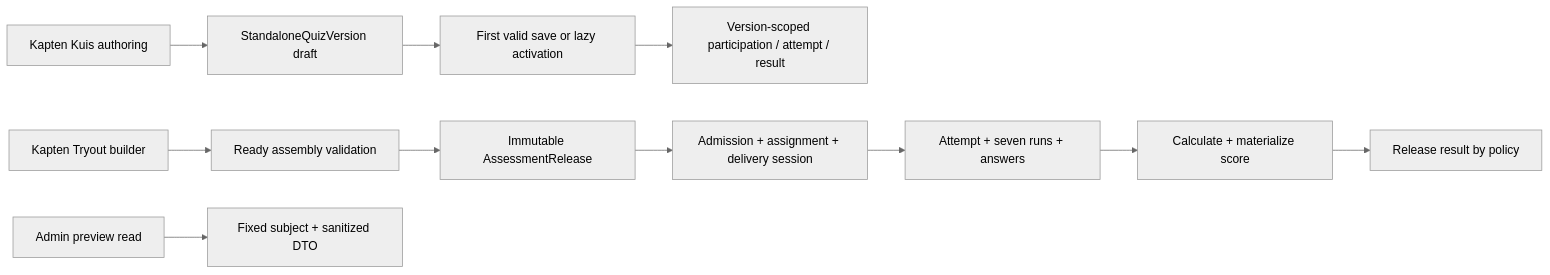
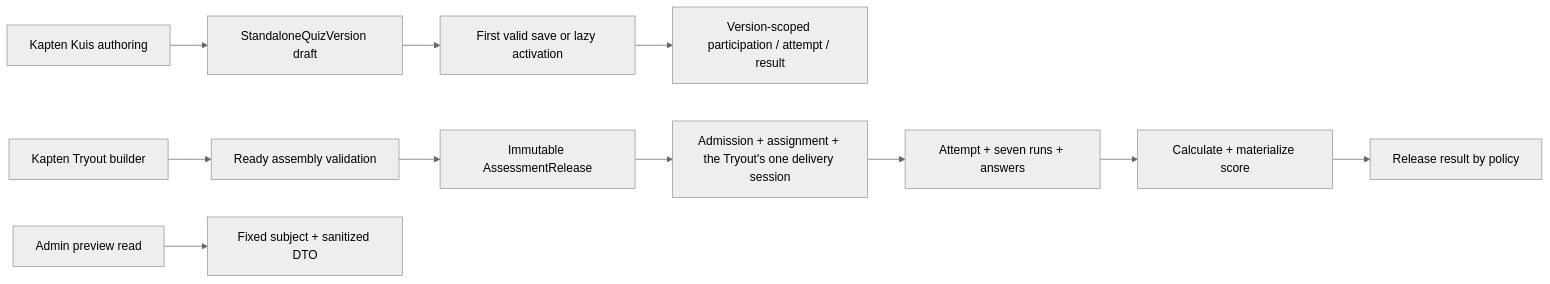
The diagram in docs/wiki/assessment-lifecycle.md (crlnravel/vecalss-app), drawn with Mermaid (neutral theme) before and after one commit. The commit also changed other lines of this file and 9 other files, not shown here.

First line of the commit message:
docs(tryout): describe the single-session lifecycle and drop the last default-session names

````diff
--- a/docs/wiki/assessment-lifecycle.md
+++ b/docs/wiki/assessment-lifecycle.md
@@ -9,15 +9,15 @@
 ```mermaid
 flowchart LR
     KuisAuthor[Kapten Kuis authoring] --> KuisDraft[StandaloneQuizVersion draft]
     KuisDraft --> KuisActive[First valid save or lazy activation]
     KuisActive --> KuisLearner[Version-scoped participation / attempt / result]
 
     TryoutAuthor[Kapten Tryout builder] --> Assembly[Ready assembly validation]
     Assembly --> Release[Immutable AssessmentRelease]
-    Release --> Delivery[Admission + assignment + delivery session]
+    Release --> Delivery[Admission + assignment + the Tryout's one delivery session]
     Delivery --> Attempt[Attempt + seven runs + answers]
     Attempt --> Score[Calculate + materialize score]
     Score --> Result[Release result by policy]
 
     PreviewRead[Admin preview read] --> PreviewDTO[Fixed subject + sanitized DTO]
 ```
````
